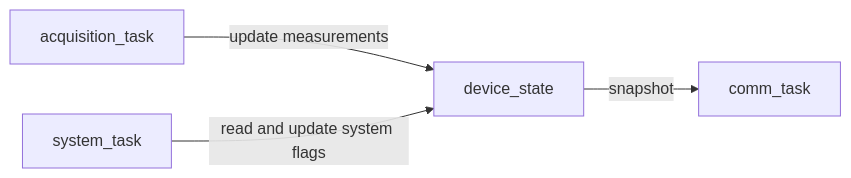
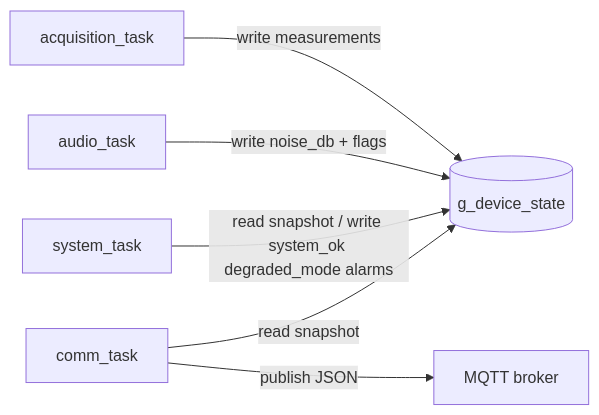
Before and after one commit to SimoPela/electrical_outlet_IOT: the third of 3 diagrams in README.md, drawn with Mermaid. The commit also changed other lines of this file and 12 other files, not shown here.

````diff
--- a/README.md
+++ b/README.md
@@ -986,12 +143,15 @@
 ```mermaid
 flowchart LR
+    ACQ[acquisition_task]
+    AUD[audio_task]
+    SYS[system_task]
+    COM[comm_task]
+    DS[(g_device_state)]
+    BRK[MQTT broker]
 
-A[acquisition_task]
-DS[device_state]
-S[system_task]
-C[comm_task]
-
-A -->|update measurements| DS
-S -->|read and update system flags| DS
-DS -->|snapshot| C
+    ACQ -->|write measurements| DS
+    AUD -->|write noise_db + flags| DS
+    SYS -->|read snapshot / write system_ok degraded_mode alarms| DS
+    COM -->|read snapshot| DS
+    COM -->|publish JSON| BRK
 ```
````
